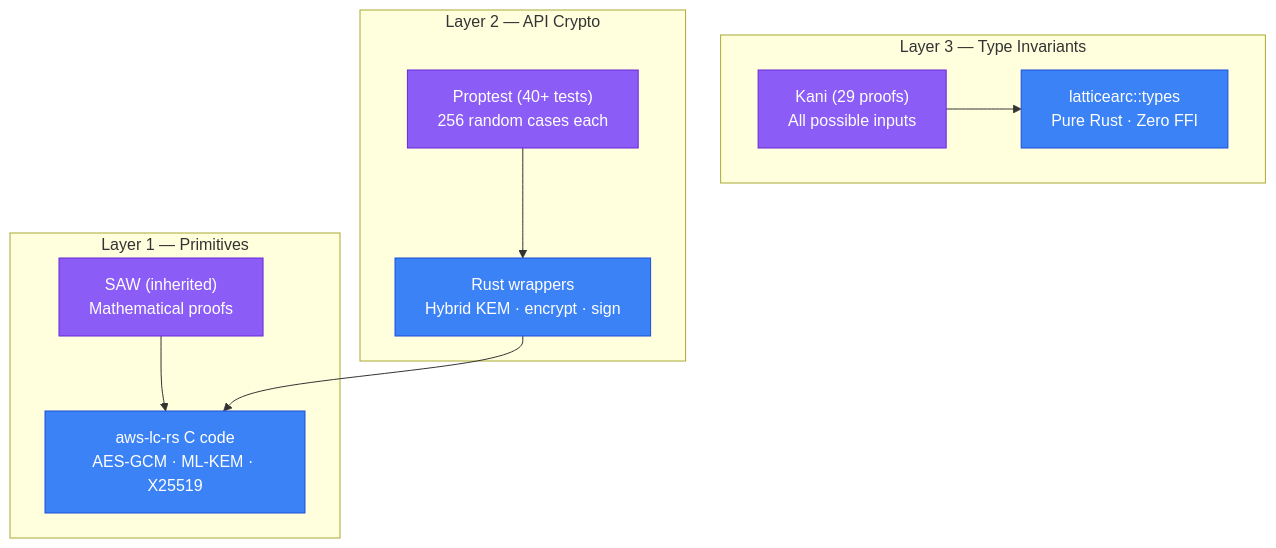
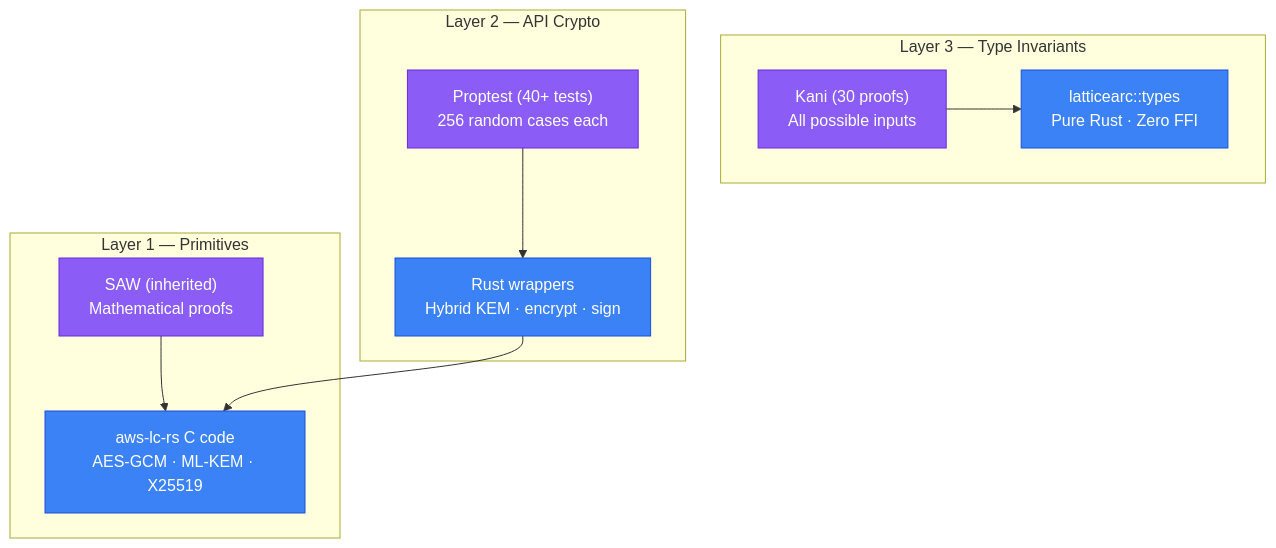
Before and after one commit to LatticeArc/latticearc: the diagram in docs/FORMAL_VERIFICATION.md, drawn with Mermaid. The commit also changed other lines of this file and 11 other files, not shown here.

````diff
--- a/docs/FORMAL_VERIFICATION.md
+++ b/docs/FORMAL_VERIFICATION.md
@@ -7,28 +7,28 @@
 ```mermaid
 flowchart TB
     subgraph "Layer 3 — Type Invariants"
-        KANI["Kani (29 proofs)\nAll possible inputs"]
+        KANI["Kani (30 proofs)\nAll possible inputs"]
         TYPES["latticearc::types\nPure Rust · Zero FFI"]
     end
 
     subgraph "Layer 2 — API Crypto"
         PROP["Proptest (40+ tests)\n256 random cases each"]
         WRAP["Rust wrappers\nHybrid KEM · encrypt · sign"]
     end
 
     subgraph "Layer 1 — Primitives"
         SAW["SAW (inherited)\nMathematical proofs"]
         AWSLC["aws-lc-rs C code\nAES-GCM · ML-KEM · X25519"]
     end
 
     KANI --> TYPES
     PROP --> WRAP
     SAW --> AWSLC
     WRAP --> AWSLC
 
     classDef tool fill:#8b5cf6,stroke:#6d28d9,color:#fff
     classDef code fill:#3b82f6,stroke:#1d4ed8,color:#fff
 
     class KANI,PROP,SAW tool
     class TYPES,WRAP,AWSLC code
 ```
````
